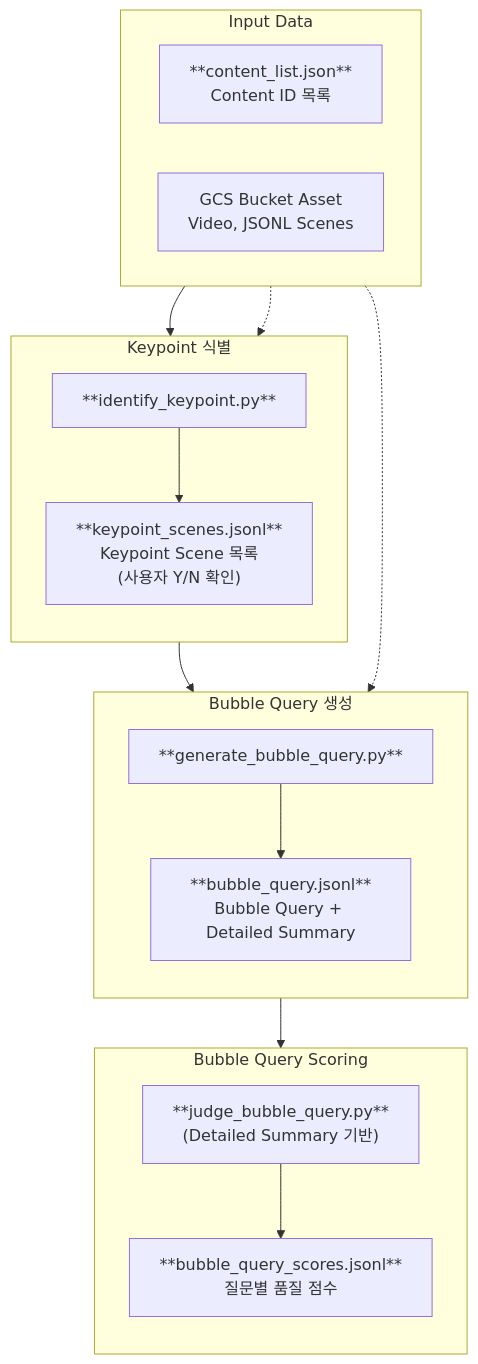
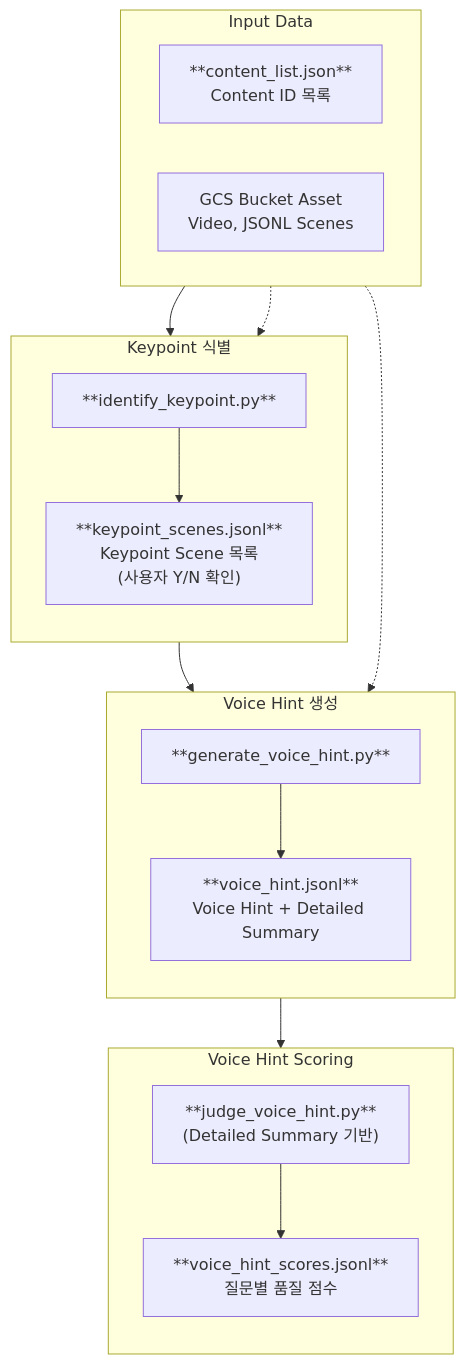
The first of 2 diagrams in README.md (obeychoi0120/LLMJudge), drawn with Mermaid before and after one commit. The commit also changed other lines of this file and 7 other files, not shown here.

````diff
--- a/README.md
+++ b/README.md
@@ -18,37 +18,37 @@
 ```mermaid
 flowchart TD
     subgraph INPUT["Input Data"]
         direction LR
         CL["**content_list.json**<br/>Content ID 목록"]
         GCS["GCS Bucket Asset<br/>Video, JSONL Scenes"]
     end
 
     subgraph STEP1["Keypoint 식별"]
         direction TB
         KP_SCRIPT["**identify_keypoint.py**"]
         KP_OUT["**keypoint_scenes.jsonl**<br/>Keypoint Scene 목록<br/>(사용자 Y/N 확인)"]
     end
 
-    subgraph STEP2["Bubble Query 생성"]
+    subgraph STEP2["Voice Hint 생성"]
         direction TB
-        BQ_SCRIPT["**generate_bubble_query.py**"]
-        BQ_OUT["**bubble_query.jsonl**<br/>Bubble Query + Detailed Summary"]
+        VH_SCRIPT["**generate_voice_hint.py**"]
+        VH_OUT["**voice_hint.jsonl**<br/>Voice Hint + Detailed Summary"]
     end
 
-    subgraph STEP3["Bubble Query Scoring"]
+    subgraph STEP3["Voice Hint Scoring"]
         direction TB
-        QJ_SCRIPT["**judge_bubble_query.py**<br/>(Detailed Summary 기반)"]
-        QJ_SCORES["**bubble_query_scores.jsonl**<br/>질문별 품질 점수"]
+        QJ_SCRIPT["**judge_voice_hint.py**<br/>(Detailed Summary 기반)"]
+        QJ_SCORES["**voice_hint_scores.jsonl**<br/>질문별 품질 점수"]
     end
 
     CL --> KP_SCRIPT
     GCS -.-> KP_SCRIPT
     KP_SCRIPT --> KP_OUT
 
-    KP_OUT --> BQ_SCRIPT
-    GCS -.-> BQ_SCRIPT
-    BQ_SCRIPT --> BQ_OUT
+    KP_OUT --> VH_SCRIPT
+    GCS -.-> VH_SCRIPT
+    VH_SCRIPT --> VH_OUT
 
-    BQ_OUT --> QJ_SCRIPT
+    VH_OUT --> QJ_SCRIPT
     QJ_SCRIPT --> QJ_SCORES
 ```
````
